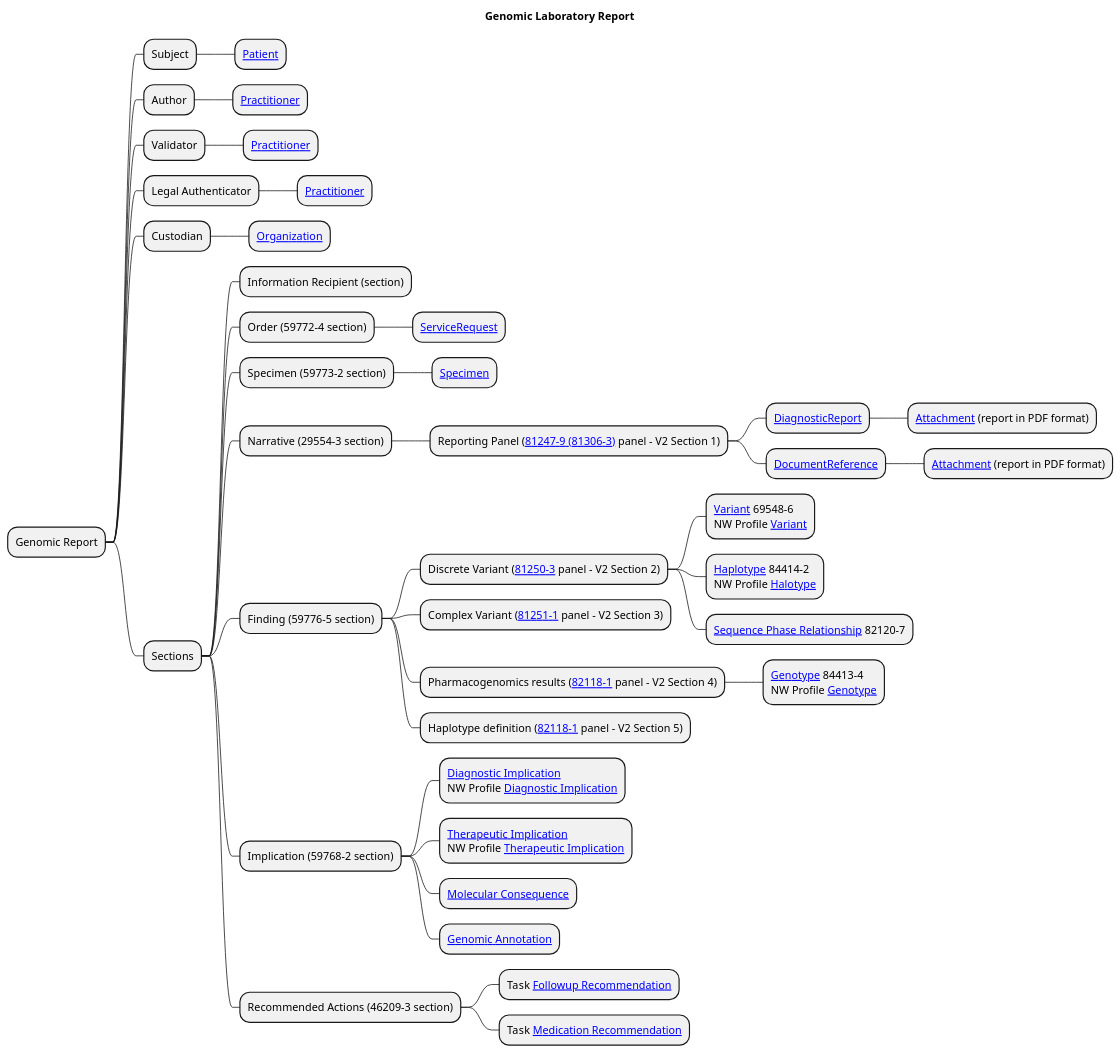
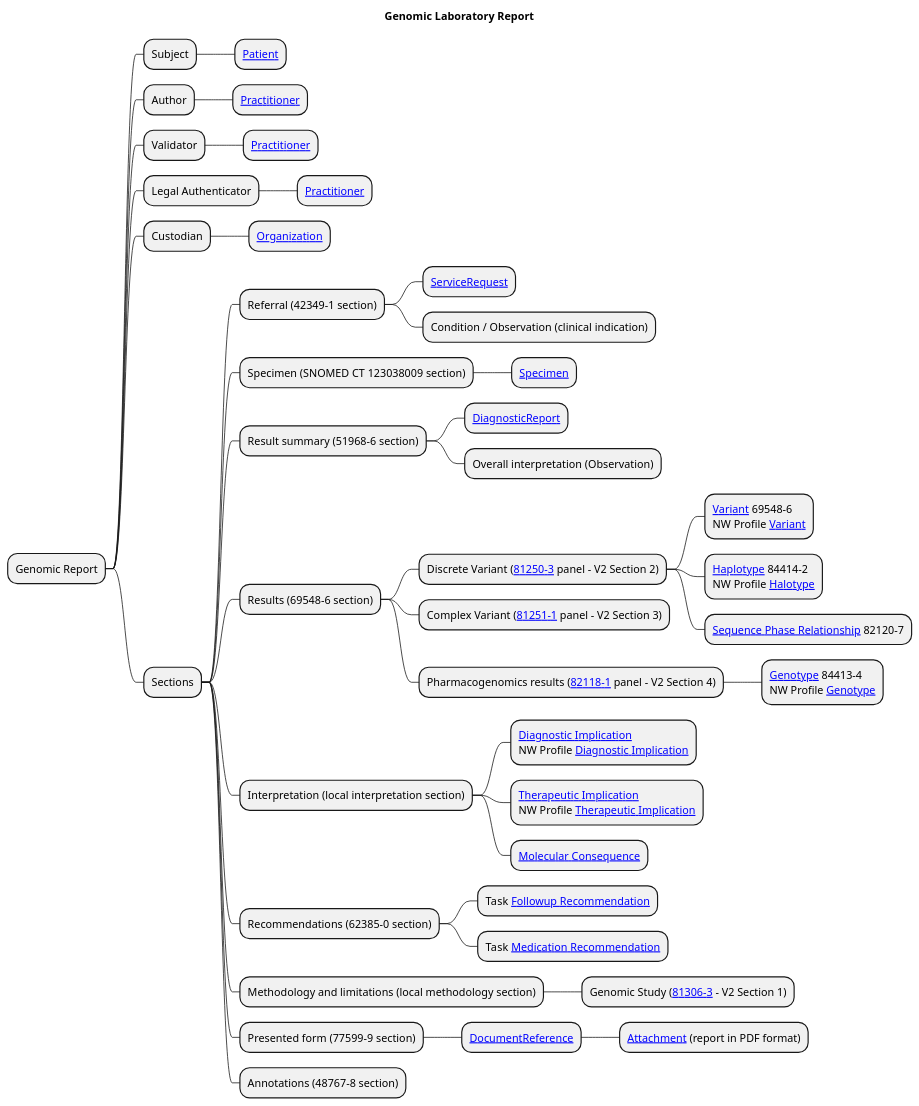
The diagram in input/images-source/LaboratoryReportComposition-mindmap.plantuml (nw-gmsa/nw-gmsa.github.com), drawn with PlantUML before and after one commit. The commit also changed 6 other files, not shown here.

First line of the commit message:
Composition Genomic Report: profile the inferred document layout

```diff
--- a/input/images-source/LaboratoryReportComposition-mindmap.plantuml
+++ b/input/images-source/LaboratoryReportComposition-mindmap.plantuml
@@ -1,46 +1,47 @@
 @startmindmap
 
 title "Genomic Laboratory Report"
 
 * Genomic Report
 ** Subject
 *** [[StructureDefinition-Patient.html Patient]]
 ** Author
 *** [[StructureDefinition-Practitioner.html Practitioner]]
 ** Validator
 *** [[StructureDefinition-Practitioner.html Practitioner]]
 ** Legal Authenticator
 *** [[StructureDefinition-Practitioner.html Practitioner]]
 ** Custodian
 *** [[StructureDefinition-Organization.html Organization]]
 ** Sections
-*** Information Recipient (section)
-*** Order (59772-4 section)
+*** Referral (42349-1 section)
 **** [[StructureDefinition-ServiceRequest.html ServiceRequest]]
-*** Specimen (59773-2 section)
+**** Condition / Observation (clinical indication)
+*** Specimen (SNOMED CT 123038009 section)
 **** [[StructureDefinition-Specimen.html Specimen]]
-*** Narrative (29554-3 section)
-**** Reporting Panel ([[https://loinc.org/81247-9 81247-9 (81306-3)]] panel - V2 Section 1)
-***** [[StructureDefinition-DiagnosticReport.html DiagnosticReport]]
-****** [[StructureDefinition-NWAttachment.html Attachment]] (report in PDF format)
-***** [[StructureDefinition-DocumentReference.html DocumentReference]]
-****** [[StructureDefinition-NWAttachment.html Attachment]] (report in PDF format)
-*** Finding (59776-5 section)
+*** Result summary (51968-6 section)
+**** [[StructureDefinition-DiagnosticReport.html DiagnosticReport]]
+**** Overall interpretation (Observation)
+*** Results (69548-6 section)
 **** Discrete Variant ([[https://loinc.org/81250-3 81250-3]] panel - V2 Section 2)
 ***** [[https://hl7.org/fhir/uv/genomics-reporting/STU3/StructureDefinition-variant.html Variant]] 69548-6 \nNW Profile [[StructureDefinition-Variant.html Variant]]
 ***** [[https://hl7.org/fhir/uv/genomics-reporting/StructureDefinition-haplotype.html Haplotype]] 84414-2 \nNW Profile [[http://hl7.org/fhir/uv/genomics-reporting/StructureDefinition/haplotype Halotype]]
 ***** [[http://hl7.org/fhir/uv/genomics-reporting/StructureDefinition/sequence-phase-relationship Sequence Phase Relationship]] 82120-7
 **** Complex Variant ([[https://loinc.org/81251-1 81251-1]] panel - V2 Section 3)
 **** Pharmacogenomics results ([[https://loinc.org/82118-1 82118-1]] panel - V2 Section 4)
 ***** [[https://build.fhir.org/ig/HL7/genomics-reporting/StructureDefinition-genotype.html Genotype]] 84413-4\nNW Profile [[https://build.fhir.org/ig/HL7/genomics-reporting/StructureDefinition-genotype.html Genotype]]
-**** Haplotype definition ([[https://loinc.org/83011-7 82118-1]] panel - V2 Section 5)
-*** Implication (59768-2 section)
+*** Interpretation (local interpretation section)
 **** [[https://hl7.org/fhir/uv/genomics-reporting/STU3/StructureDefinition-diagnostic-implication.html Diagnostic Implication]]\nNW Profile [[StructureDefinition-DiagnosticImplication.html Diagnostic Implication]]
 **** [[https://hl7.org/fhir/uv/genomics-reporting/STU3/StructureDefinition-therapeutic-implication.html Therapeutic Implication]]\nNW Profile [[StructureDefinition-TherapeuticImplication.html Therapeutic Implication]]
 **** [[https://build.fhir.org/ig/HL7/genomics-reporting/StructureDefinition-molecular-consequence.html Molecular Consequence]]
-**** [[https://build.fhir.org/ig/HL7/genomics-reporting/StructureDefinition-genomic-annotation.html Genomic Annotation]]
-*** Recommended Actions (46209-3 section)
+*** Recommendations (62385-0 section)
 **** Task [[https://build.fhir.org/ig/HL7/genomics-reporting/StructureDefinition-followup-recommendation.html Followup Recommendation]]
 **** Task [[https://build.fhir.org/ig/HL7/genomics-reporting/StructureDefinition-medication-recommendation.html Medication Recommendation]]
+*** Methodology and limitations (local methodology section)
+**** Genomic Study ([[https://loinc.org/81306-3 81306-3]] - V2 Section 1)
+*** Presented form (77599-9 section)
+**** [[StructureDefinition-DocumentReference.html DocumentReference]]
+***** [[StructureDefinition-NWAttachment.html Attachment]] (report in PDF format)
+*** Annotations (48767-8 section)
 
 @endmindmap
```
